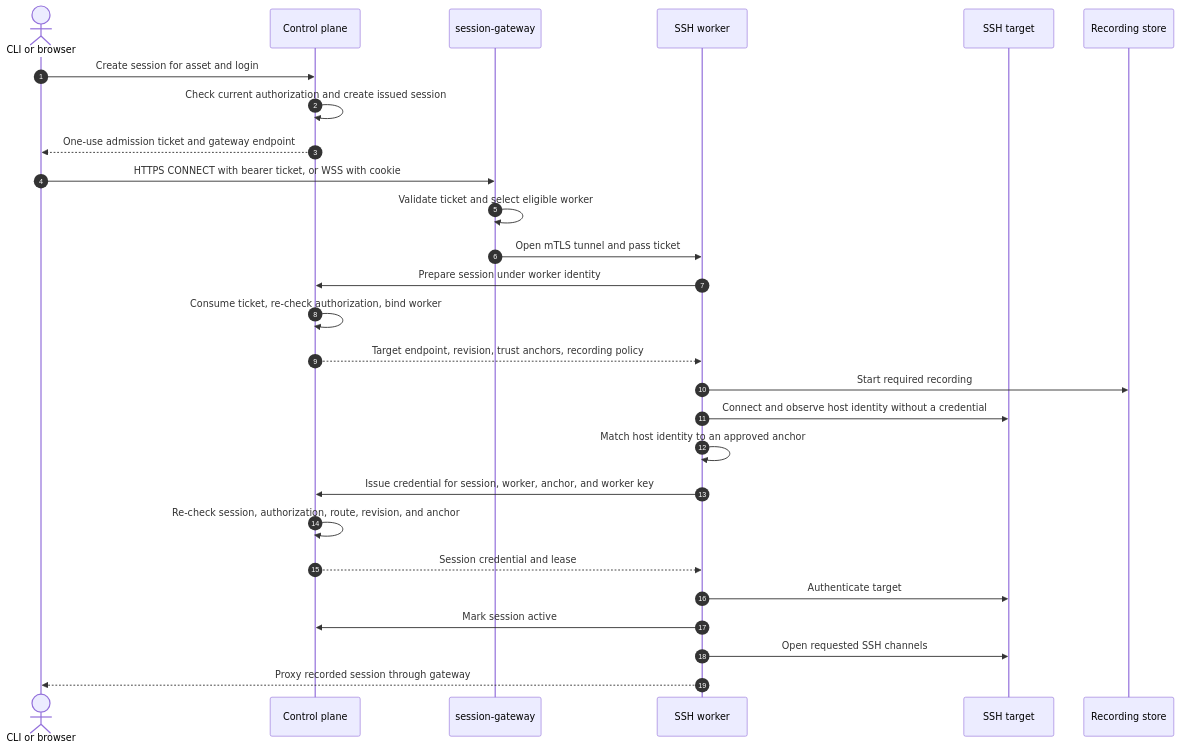
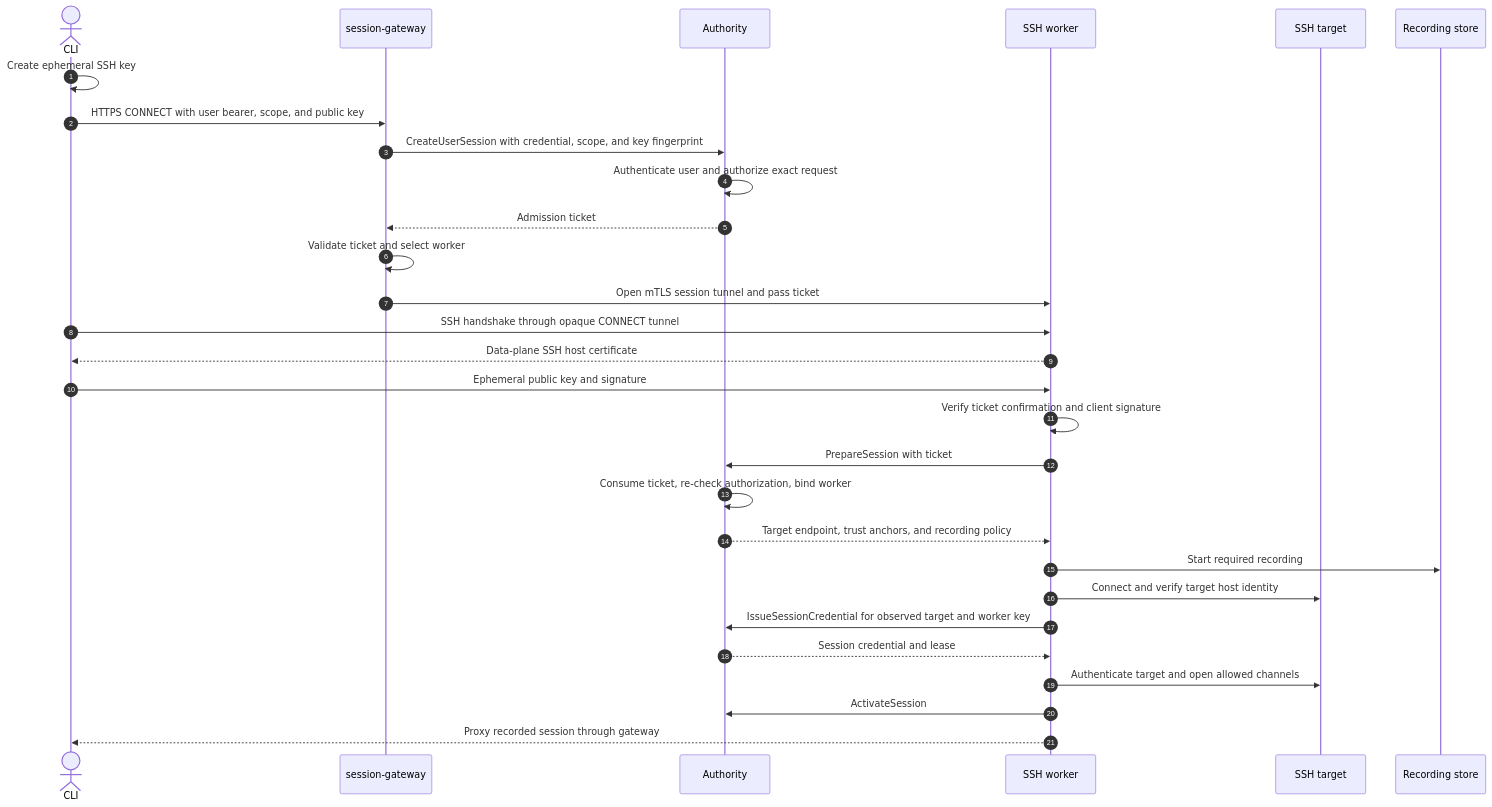
Before and after one commit to tidegate-dev/enhancements: the third of 4 diagrams in teps/0005-gateway-sessions/README.md, drawn with Mermaid. The commit also changed other lines of this file, not shown here.

Commit message:
docs: simplify gateway session trust model

````diff
--- a/teps/0005-gateway-sessions/README.md
+++ b/teps/0005-gateway-sessions/README.md
@@ -226,30 +261,32 @@
 ```mermaid
 sequenceDiagram
     autonumber
-    actor C as CLI or browser
-    participant CP as Control plane
+    actor C as CLI
     participant GW as session-gateway
+    participant A as Authority
     participant W as SSH worker
     participant T as SSH target
     participant R as Recording store
 
-    C->>CP: Create session for asset and login
-    CP->>CP: Check current authorization and create issued session
-    CP-->>C: One-use admission ticket and gateway endpoint
-    C->>GW: HTTPS CONNECT with bearer ticket, or WSS with cookie
-    GW->>GW: Validate ticket and select eligible worker
-    GW->>W: Open mTLS tunnel and pass ticket
-    W->>CP: Prepare session under worker identity
-    CP->>CP: Consume ticket, re-check authorization, bind worker
-    CP-->>W: Target endpoint, revision, trust anchors, recording policy
+    C->>C: Create ephemeral SSH key
+    C->>GW: HTTPS CONNECT with user bearer, scope, and public key
+    GW->>A: CreateUserSession with credential, scope, and key fingerprint
+    A->>A: Authenticate user and authorize exact request
+    A-->>GW: Admission ticket
+    GW->>GW: Validate ticket and select worker
+    GW->>W: Open mTLS session tunnel and pass ticket
+    C->>W: SSH handshake through opaque CONNECT tunnel
+    W-->>C: Data-plane SSH host certificate
+    C->>W: Ephemeral public key and signature
+    W->>W: Verify ticket confirmation and client signature
+    W->>A: PrepareSession with ticket
+    A->>A: Consume ticket, re-check authorization, bind worker
+    A-->>W: Target endpoint, trust anchors, and recording policy
     W->>R: Start required recording
-    W->>T: Connect and observe host identity without a credential
-    W->>W: Match host identity to an approved anchor
-    W->>CP: Issue credential for session, worker, anchor, and worker key
-    CP->>CP: Re-check session, authorization, route, revision, and anchor
-    CP-->>W: Session credential and lease
-    W->>T: Authenticate target
-    W->>CP: Mark session active
-    W->>T: Open requested SSH channels
+    W->>T: Connect and verify target host identity
+    W->>A: IssueSessionCredential for observed target and worker key
+    A-->>W: Session credential and lease
+    W->>T: Authenticate target and open allowed channels
+    W->>A: ActivateSession
     W-->>C: Proxy recorded session through gateway
 ```
````
